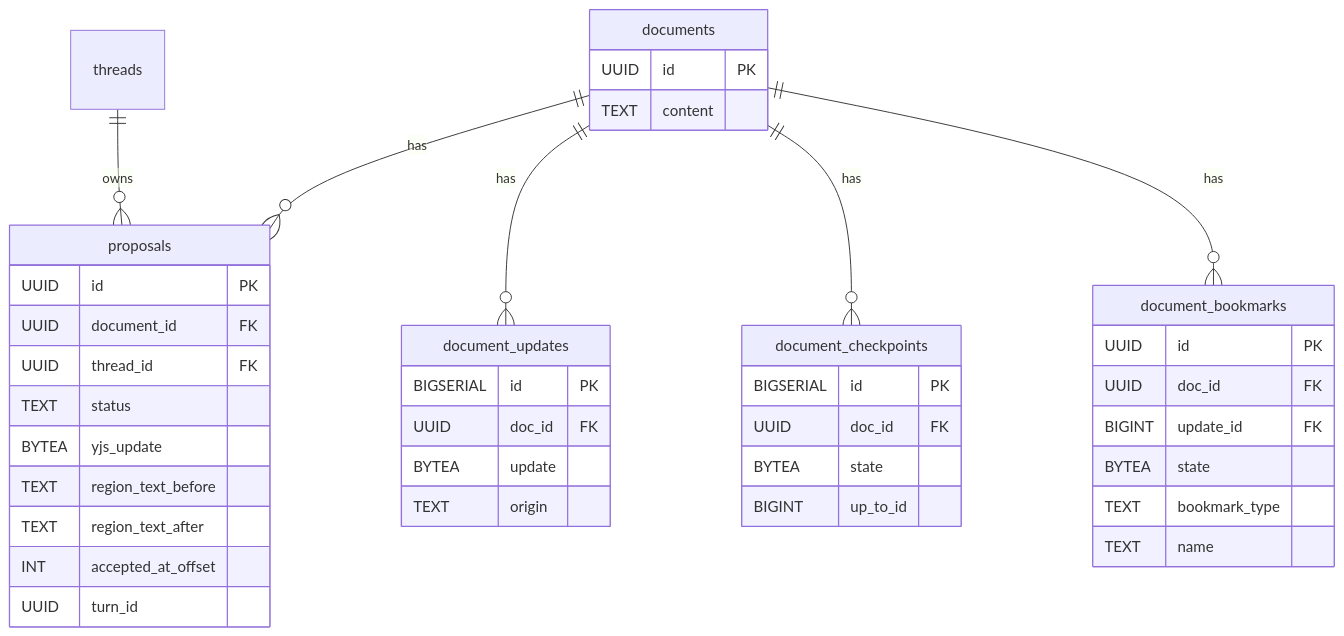
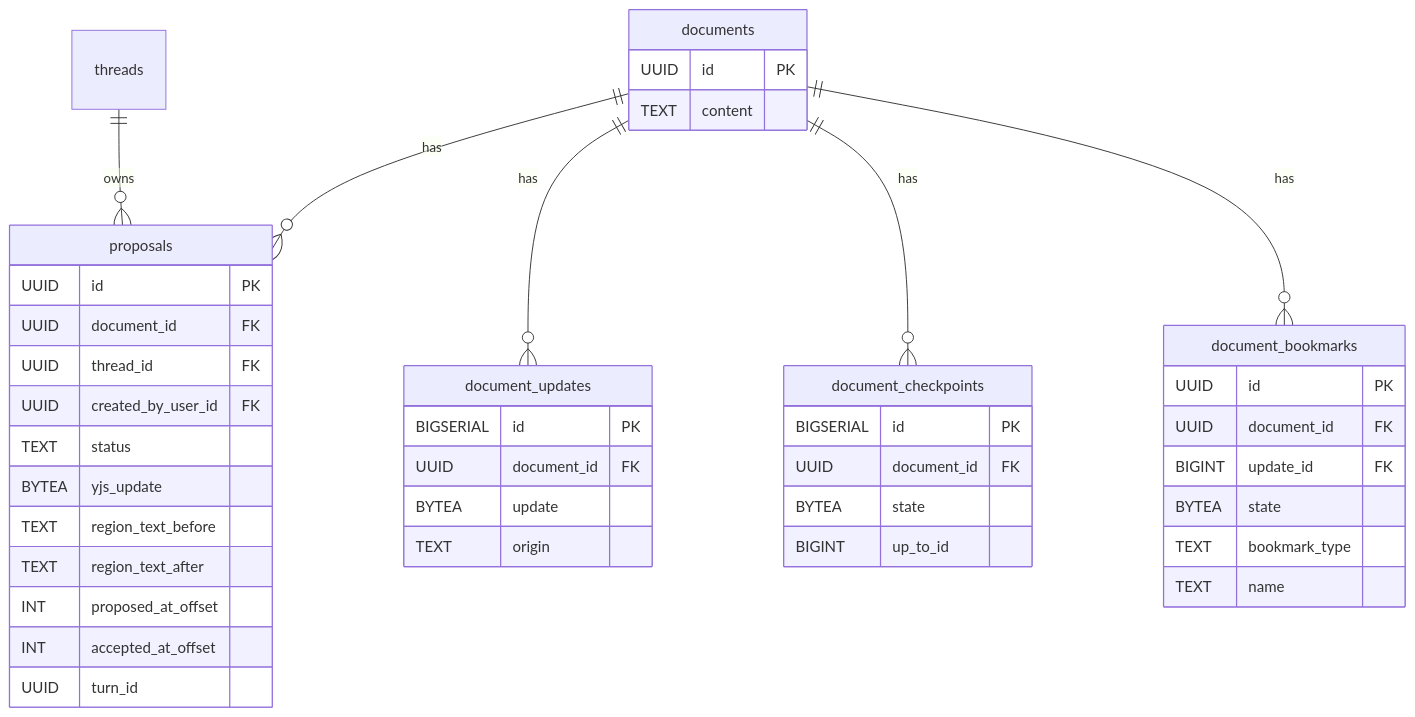
One commit to haowjy/meridian-flow changed the first of 2 diagrams in .meridian/work/collab-data-model-v2/spec/schema-design.md. Above: the diagram before and after it, drawn with Mermaid. The commit also changed other lines of this file and 10 other files, not shown here.

````diff
--- a/.meridian/work/collab-data-model-v2/spec/schema-design.md
+++ b/.meridian/work/collab-data-model-v2/spec/schema-design.md
@@ -11,44 +11,46 @@
 ```mermaid
 erDiagram
     documents ||--o{ proposals : has
     documents ||--o{ document_updates : has
     documents ||--o{ document_checkpoints : has
     documents ||--o{ document_bookmarks : has
     threads ||--o{ proposals : owns
 
     documents {
         UUID id PK
         TEXT content
     }
     proposals {
         UUID id PK
         UUID document_id FK
         UUID thread_id FK
+        UUID created_by_user_id FK
         TEXT status
         BYTEA yjs_update
         TEXT region_text_before
         TEXT region_text_after
+        INT proposed_at_offset
         INT accepted_at_offset
         UUID turn_id
     }
     document_updates {
         BIGSERIAL id PK
-        UUID doc_id FK
+        UUID document_id FK
         BYTEA update
         TEXT origin
     }
     document_checkpoints {
         BIGSERIAL id PK
-        UUID doc_id FK
+        UUID document_id FK
         BYTEA state
         BIGINT up_to_id
     }
     document_bookmarks {
         UUID id PK
-        UUID doc_id FK
+        UUID document_id FK
         BIGINT update_id FK
         BYTEA state
         TEXT bookmark_type
         TEXT name
     }
 ```
````
